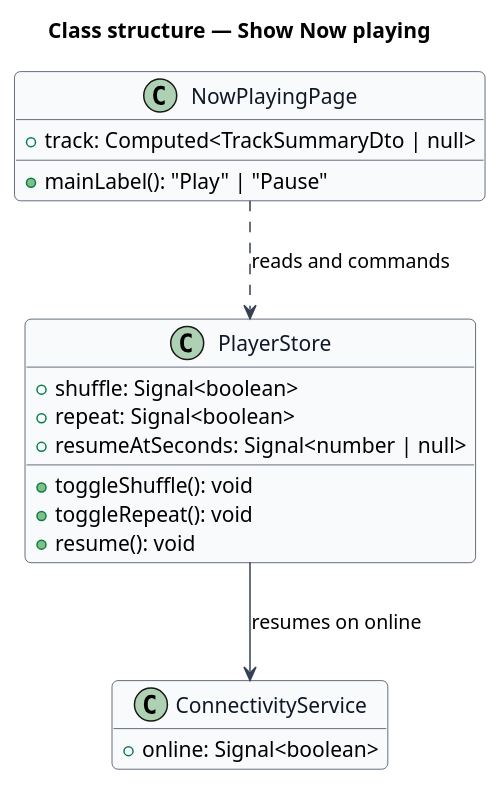
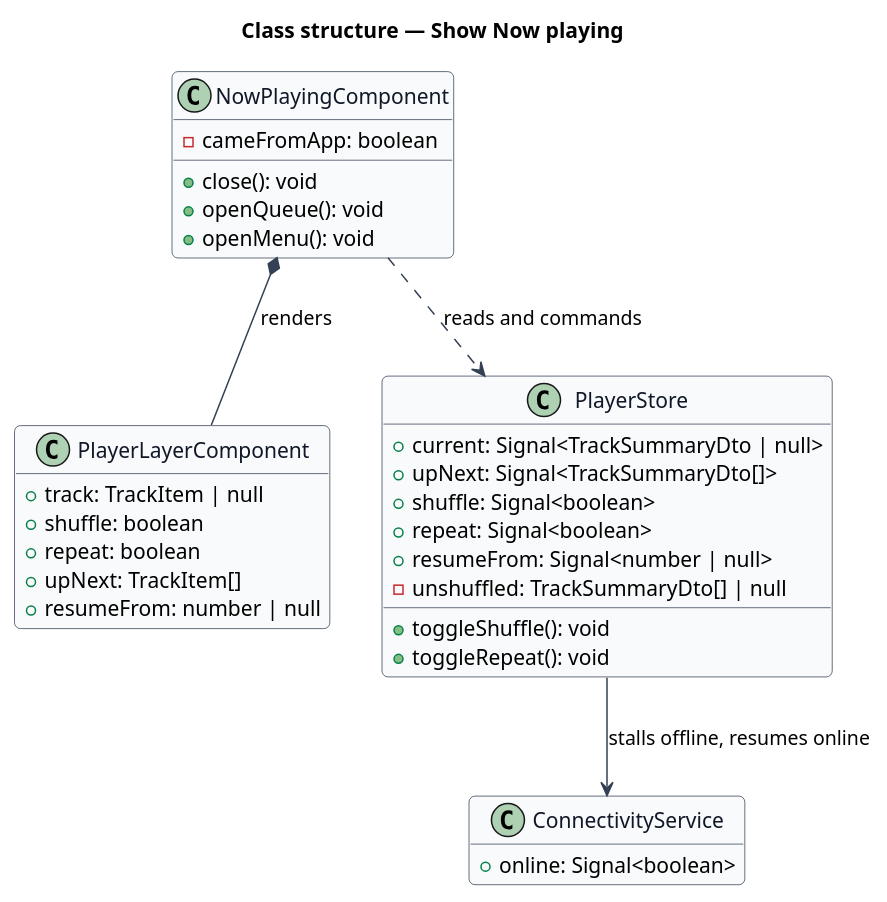
The diagram in docs/detailed-designs/playback/now-playing/diagrams/class-structure.puml (QuinntyneBrown/hummi), drawn with PlantUML before and after one commit. The commit also changed 156 other files, not shown here.

First line of the commit message:
Control what plays next: Now playing, queue drawer, track menu and keyboard shortcuts

```diff
--- a/docs/detailed-designs/playback/now-playing/diagrams/class-structure.puml
+++ b/docs/detailed-designs/playback/now-playing/diagrams/class-structure.puml
@@ -1,32 +1,44 @@
 @startuml
 skinparam backgroundColor #FFFFFF
 skinparam shadowing false
 skinparam roundcorner 8
 skinparam defaultFontName Arial
 skinparam ArrowColor #344054
 skinparam class {
   BorderColor #344054
   FontColor #101828
   BackgroundColor #F9FAFB
 }
 hide empty members
 title Class structure — Show Now playing
 
-class NowPlayingPage {
-  +track: Computed<TrackSummaryDto | null>
-  +mainLabel(): "Play" | "Pause"
+class NowPlayingComponent {
+  -cameFromApp: boolean
+  +close(): void
+  +openQueue(): void
+  +openMenu(): void
+}
+class PlayerLayerComponent {
+  +track: TrackItem | null
+  +shuffle: boolean
+  +repeat: boolean
+  +upNext: TrackItem[]
+  +resumeFrom: number | null
 }
 class PlayerStore {
+  +current: Signal<TrackSummaryDto | null>
+  +upNext: Signal<TrackSummaryDto[]>
   +shuffle: Signal<boolean>
   +repeat: Signal<boolean>
-  +resumeAtSeconds: Signal<number | null>
+  +resumeFrom: Signal<number | null>
   +toggleShuffle(): void
   +toggleRepeat(): void
-  +resume(): void
+  -unshuffled: TrackSummaryDto[] | null
 }
 class ConnectivityService {
   +online: Signal<boolean>
 }
-NowPlayingPage ..> PlayerStore : reads and commands
-PlayerStore --> ConnectivityService : resumes on online
+NowPlayingComponent *-- PlayerLayerComponent : renders
+NowPlayingComponent ..> PlayerStore : reads and commands
+PlayerStore --> ConnectivityService : stalls offline, resumes online
 @enduml
```
